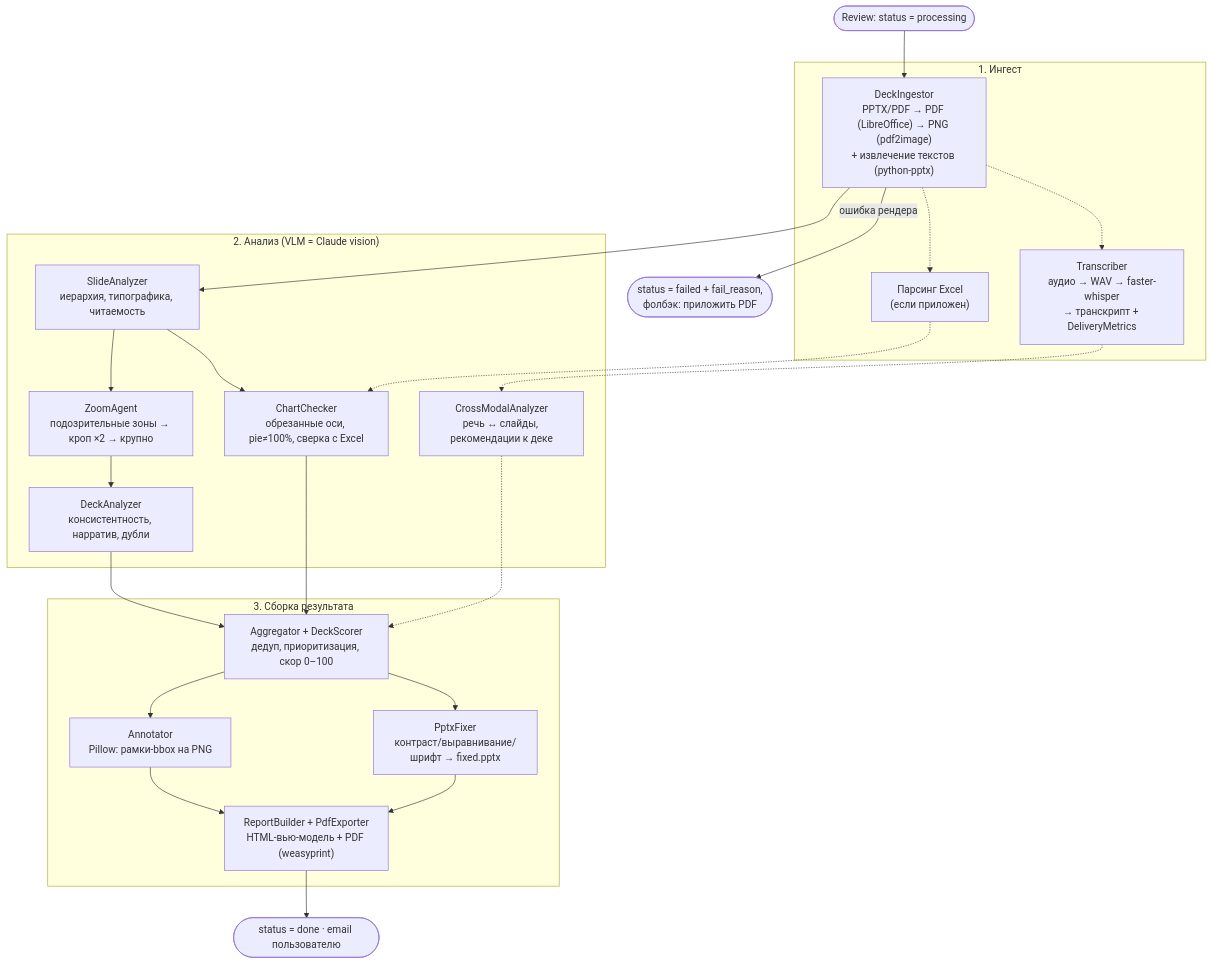
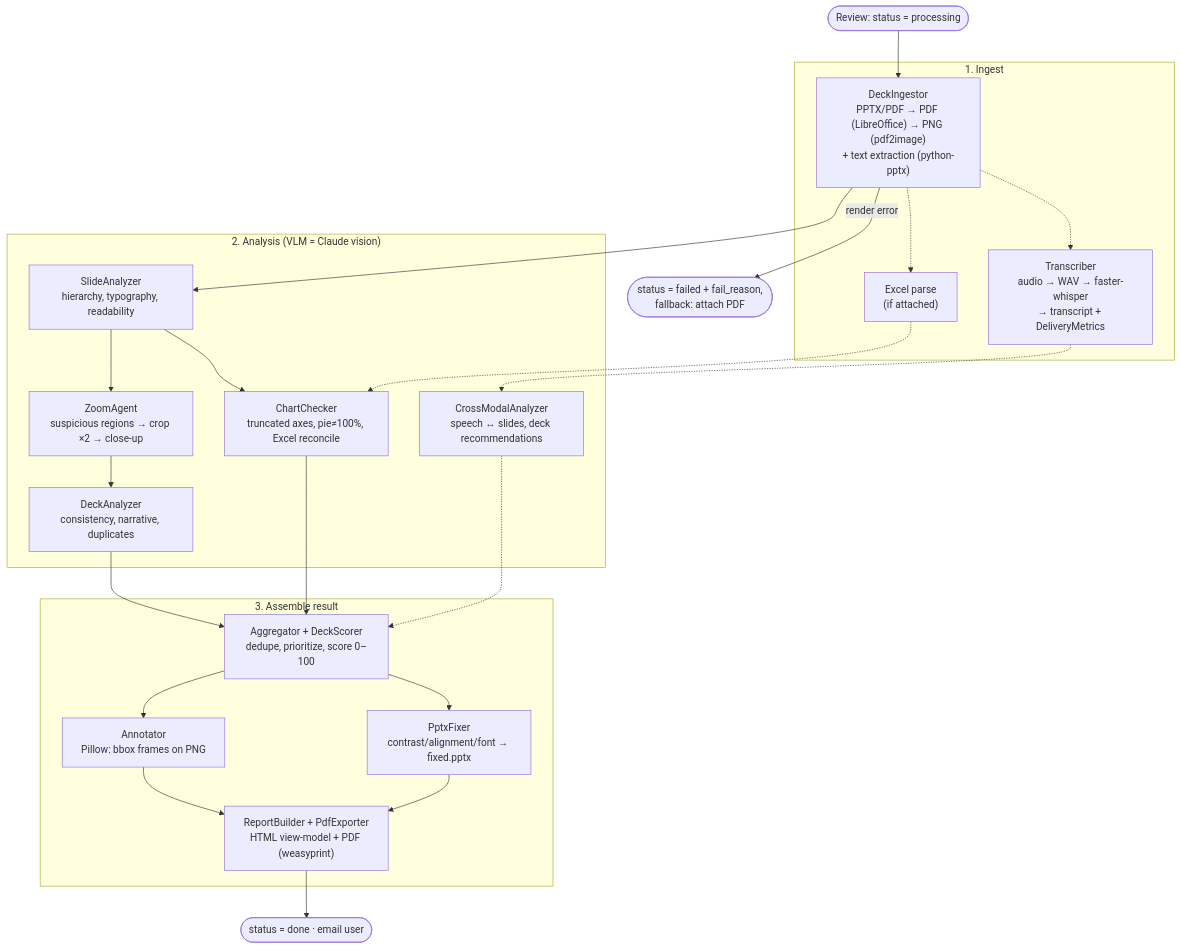
Before and after one commit to SlideLens/Achitecture: the fourth of 6 diagrams in docs/C4.md, drawn with Mermaid. The commit also changed other lines of this file and 24 other files, not shown here.

````diff
--- a/docs/C4.md
+++ b/docs/C4.md
@@ -120,43 +120,43 @@
 ```mermaid
 flowchart TB
     start(["Review: status = processing"]) --> ingest
 
-    subgraph s1["1. Ингест"]
-        ingest["DeckIngestor<br/>PPTX/PDF → PDF (LibreOffice) → PNG (pdf2image)<br/>+ извлечение текстов (python-pptx)"]
-        transcribe["Transcriber<br/>аудио → WAV → faster-whisper<br/>→ транскрипт + DeliveryMetrics"]
-        excel["Парсинг Excel<br/>(если приложен)"]
+    subgraph s1["1. Ingest"]
+        ingest["DeckIngestor<br/>PPTX/PDF → PDF (LibreOffice) → PNG (pdf2image)<br/>+ text extraction (python-pptx)"]
+        transcribe["Transcriber<br/>audio → WAV → faster-whisper<br/>→ transcript + DeliveryMetrics"]
+        excel["Excel parse<br/>(if attached)"]
     end
 
-    subgraph s2["2. Анализ (VLM = Claude vision)"]
-        slide["SlideAnalyzer<br/>иерархия, типографика, читаемость"]
-        zoom["ZoomAgent<br/>подозрительные зоны → кроп ×2 → крупно"]
-        deck["DeckAnalyzer<br/>консистентность, нарратив, дубли"]
-        chart["ChartChecker<br/>обрезанные оси, pie≠100%, сверка с Excel"]
-        cross["CrossModalAnalyzer<br/>речь ↔ слайды, рекомендации к деке"]
+    subgraph s2["2. Analysis (VLM = Claude vision)"]
+        slide["SlideAnalyzer<br/>hierarchy, typography, readability"]
+        zoom["ZoomAgent<br/>suspicious regions → crop ×2 → close-up"]
+        deck["DeckAnalyzer<br/>consistency, narrative, duplicates"]
+        chart["ChartChecker<br/>truncated axes, pie≠100%, Excel reconcile"]
+        cross["CrossModalAnalyzer<br/>speech ↔ slides, deck recommendations"]
     end
 
-    subgraph s3["3. Сборка результата"]
-        agg["Aggregator + DeckScorer<br/>дедуп, приоритизация, скор 0–100"]
-        annot["Annotator<br/>Pillow: рамки-bbox на PNG"]
-        fixer["PptxFixer<br/>контраст/выравнивание/шрифт → fixed.pptx"]
-        report["ReportBuilder + PdfExporter<br/>HTML-вью-модель + PDF (weasyprint)"]
+    subgraph s3["3. Assemble result"]
+        agg["Aggregator + DeckScorer<br/>dedupe, prioritize, score 0–100"]
+        annot["Annotator<br/>Pillow: bbox frames on PNG"]
+        fixer["PptxFixer<br/>contrast/alignment/font → fixed.pptx"]
+        report["ReportBuilder + PdfExporter<br/>HTML view-model + PDF (weasyprint)"]
     end
 
     ingest --> slide
     ingest -.-> transcribe
     ingest -.-> excel
     slide --> zoom
     zoom --> deck
     slide --> chart
     excel -.-> chart
     transcribe -.-> cross
     deck --> agg
     chart --> agg
     cross -.-> agg
     agg --> annot
     agg --> fixer
     annot --> report
     fixer --> report
-    report --> done(["status = done · email пользователю"])
-    ingest -->|"ошибка рендера"| fail(["status = failed + fail_reason,<br/>фолбэк: приложить PDF"])
+    report --> done(["status = done · email user"])
+    ingest -->|"render error"| fail(["status = failed + fail_reason,<br/>fallback: attach PDF"])
 ```
````
